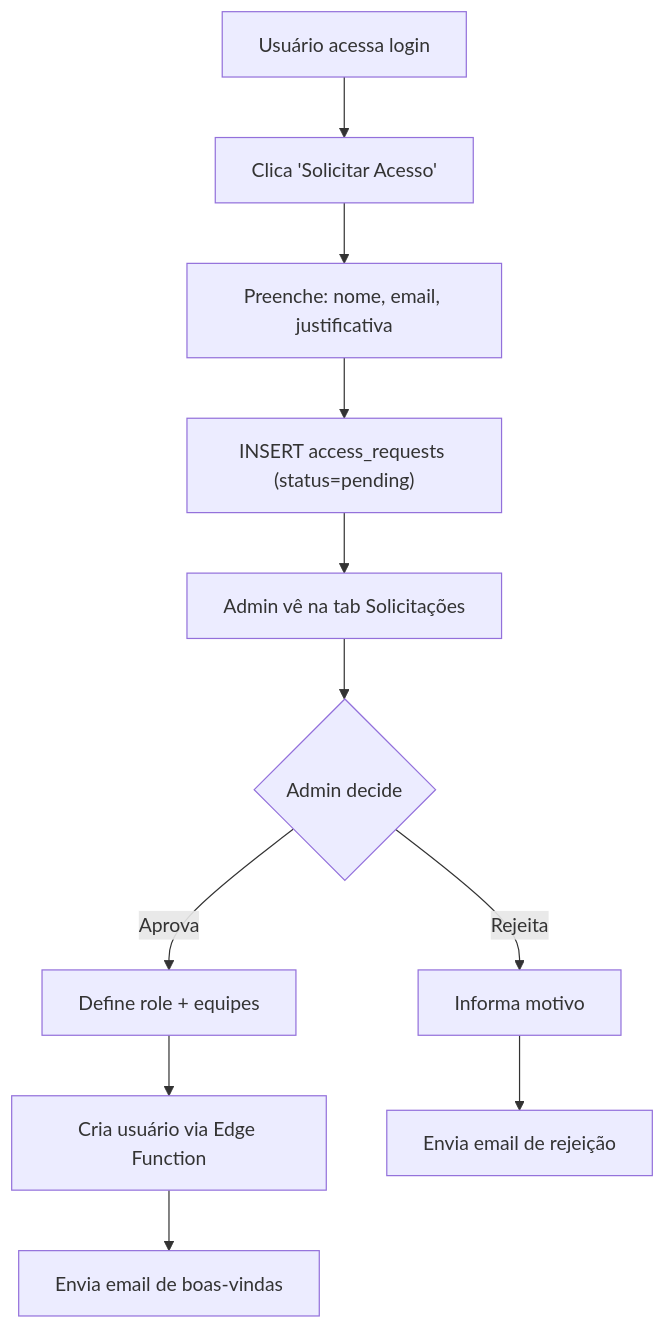
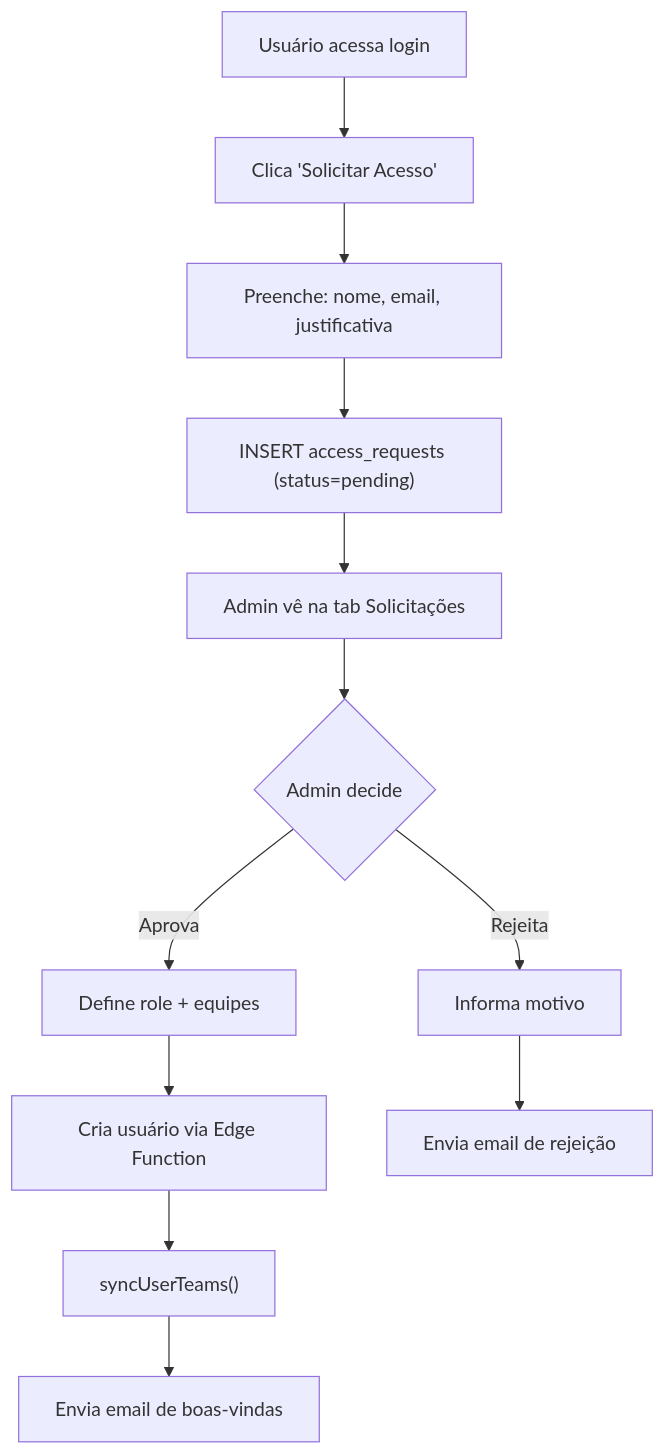
One commit to allanscode/QualiTrack changed the second of 2 diagrams in docs/flows/authentication.md. Above: the diagram before and after it, drawn with Mermaid. The commit also changed other lines of this file and 19 other files, not shown here.

````diff
--- a/docs/flows/authentication.md
+++ b/docs/flows/authentication.md
@@ -48,13 +54,14 @@
 ```mermaid
 flowchart TD
     A["Usuário acessa login"] --> B["Clica 'Solicitar Acesso'"]
     B --> C["Preenche: nome, email, justificativa"]
     C --> D["INSERT access_requests (status=pending)"]
     D --> E["Admin vê na tab Solicitações"]
     E --> F{"Admin decide"}
     F -->|"Aprova"| G["Define role + equipes"]
     G --> H["Cria usuário via Edge Function"]
-    H --> I["Envia email de boas-vindas"]
-    F -->|"Rejeita"| J["Informa motivo"]
-    J --> K["Envia email de rejeição"]
+    H --> I["syncUserTeams()"]
+    I --> J["Envia email de boas-vindas"]
+    F -->|"Rejeita"| K["Informa motivo"]
+    K --> L["Envia email de rejeição"]
 ```
````
